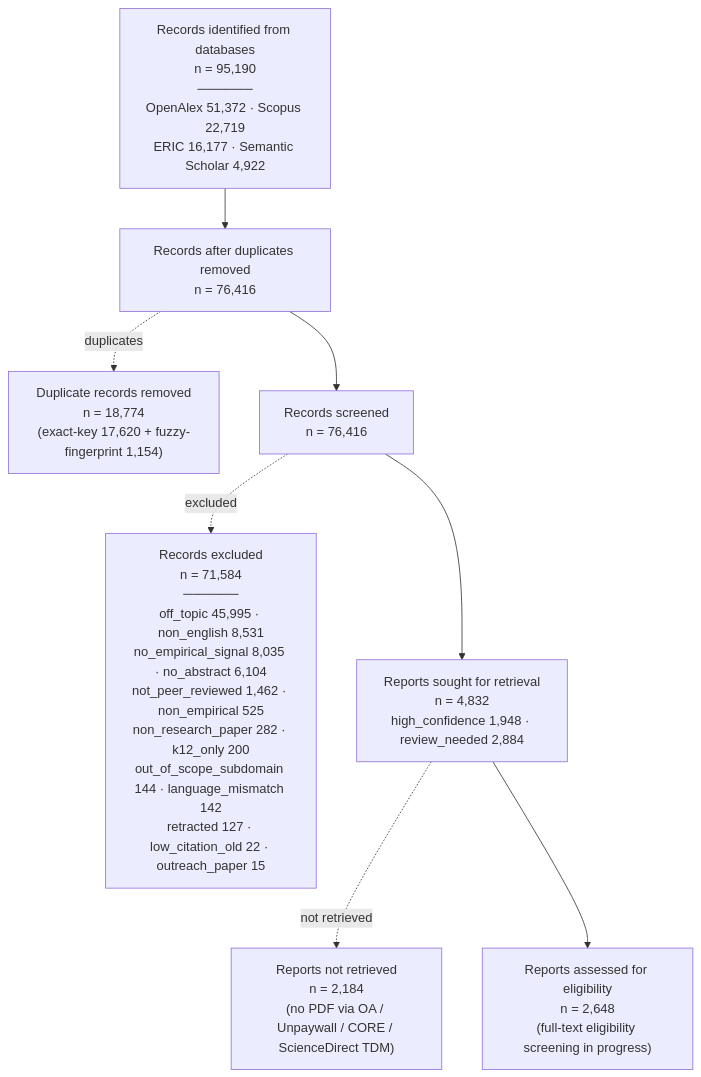
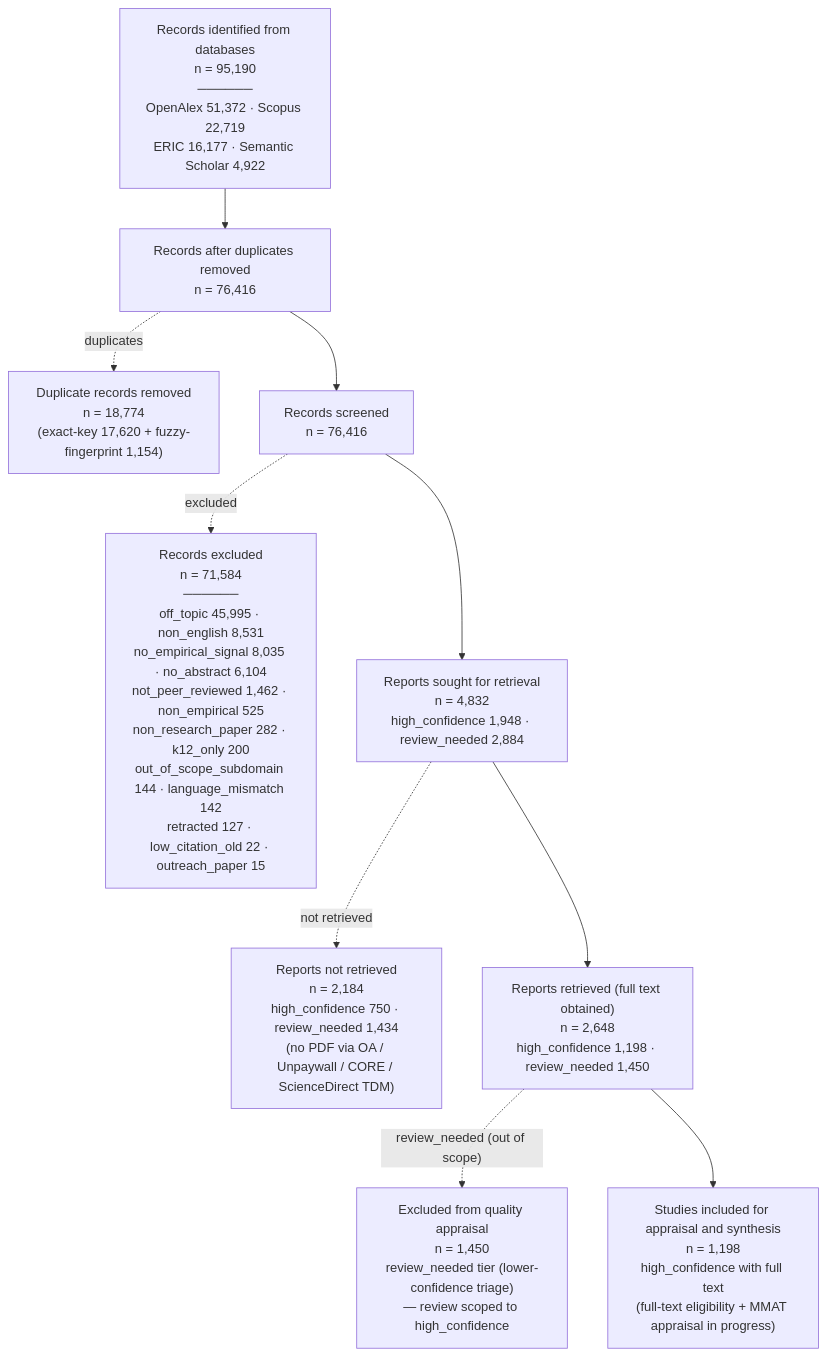
Before and after one commit to benjiesotelo-sudo/AI-Higher-Ed-RRL: the third of 4 diagrams in README.md, drawn with Mermaid. The commit also changed other lines of this file, not shown here.

First line of the commit message:
docs(readme): scope PRISMA + stats to high_confidence-with-PDF set (n=1,198)

````diff
--- a/README.md
+++ b/README.md
@@ -336,19 +336,23 @@
 ```mermaid
 flowchart TD
     DB["Records identified from databases<br/>n = 95,190<br/>──────<br/>OpenAlex 51,372 · Scopus 22,719<br/>ERIC 16,177 · Semantic Scholar 4,922"]
     DEDUP["Records after duplicates removed<br/>n = 76,416"]
     DUPS["Duplicate records removed<br/>n = 18,774<br/>(exact-key 17,620 + fuzzy-fingerprint 1,154)"]
     SCREEN["Records screened<br/>n = 76,416"]
     SCREEN_EX["Records excluded<br/>n = 71,584<br/>──────<br/>off_topic 45,995 · non_english 8,531<br/>no_empirical_signal 8,035 · no_abstract 6,104<br/>not_peer_reviewed 1,462 · non_empirical 525<br/>non_research_paper 282 · k12_only 200<br/>out_of_scope_subdomain 144 · language_mismatch 142<br/>retracted 127 · low_citation_old 22 · outreach_paper 15"]
     SEEK["Reports sought for retrieval<br/>n = 4,832<br/>high_confidence 1,948 · review_needed 2,884"]
-    NOT_RET["Reports not retrieved<br/>n = 2,184<br/>(no PDF via OA / Unpaywall / CORE / ScienceDirect TDM)"]
-    ELIG["Reports assessed for eligibility<br/>n = 2,648<br/>(full-text eligibility screening in progress)"]
+    NOT_RET["Reports not retrieved<br/>n = 2,184<br/>high_confidence 750 · review_needed 1,434<br/>(no PDF via OA / Unpaywall / CORE / ScienceDirect TDM)"]
+    RET["Reports retrieved (full text obtained)<br/>n = 2,648<br/>high_confidence 1,198 · review_needed 1,450"]
+    SCOPE_EX["Excluded from quality appraisal<br/>n = 1,450<br/>review_needed tier (lower-confidence triage)<br/>— review scoped to high_confidence"]
+    APPR["Studies included for appraisal and synthesis<br/>n = 1,198<br/>high_confidence with full text<br/>(full-text eligibility + MMAT appraisal in progress)"]
 
     DB --> DEDUP
     DEDUP -. duplicates .-> DUPS
     DEDUP --> SCREEN
     SCREEN -. excluded .-> SCREEN_EX
     SCREEN --> SEEK
     SEEK -. not retrieved .-> NOT_RET
-    SEEK --> ELIG
+    SEEK --> RET
+    RET -. review_needed (out of scope) .-> SCOPE_EX
+    RET --> APPR
 ```
````
